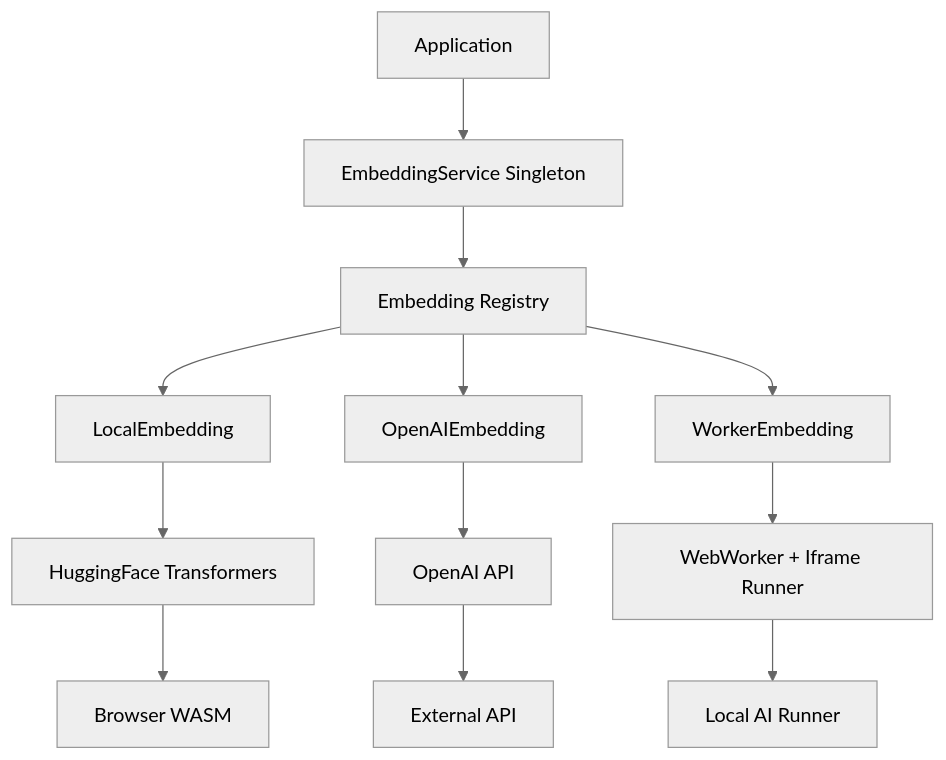
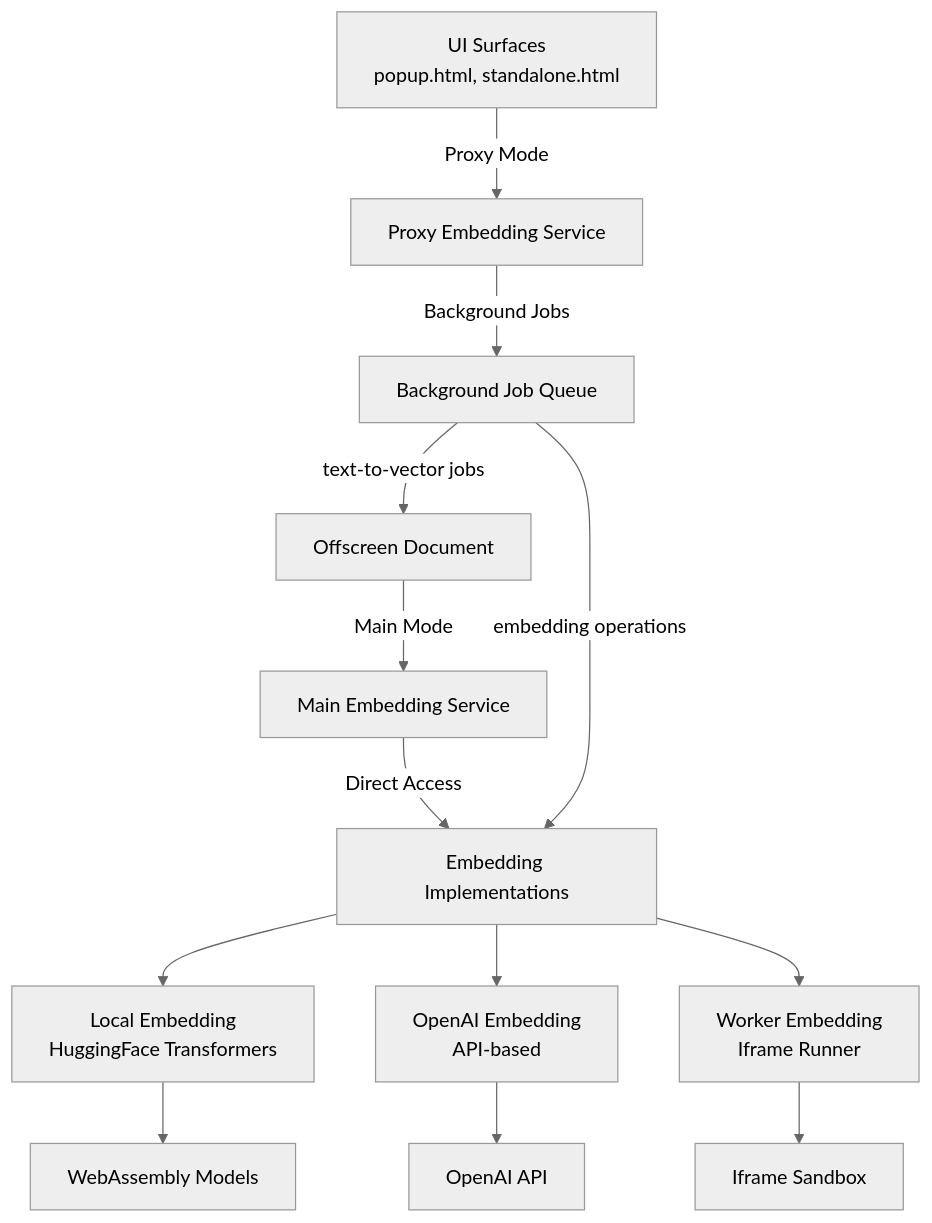
Before and after one commit to zrg-team/memorall: the diagram in docs/embedding-service.md, drawn with Mermaid (neutral theme). The commit also changed other lines of this file and 123 other files, not shown here.

````diff
--- a/docs/embedding-service.md
+++ b/docs/embedding-service.md
@@ -11,16 +11,24 @@
 ```mermaid
 graph TD
-    A[Application] --> B[EmbeddingService Singleton]
-    B --> C[Embedding Registry]
-    C --> D[LocalEmbedding]
-    C --> E[OpenAIEmbedding]
-    C --> F[WorkerEmbedding]
-    
-    D --> G[HuggingFace Transformers]
-    E --> H[OpenAI API]
-    F --> I[WebWorker + Iframe Runner]
-    
-    G --> J[Browser WASM]
-    H --> K[External API]
-    I --> L[Local AI Runner]
+  %% UI Context (Proxy Mode)
+  UI[UI Surfaces<br/>popup.html, standalone.html] -->|Proxy Mode| PES[Proxy Embedding Service]
+  PES -->|Background Jobs| BJ[Background Job Queue]
+
+  %% Offscreen Context (Main Mode)
+  OFF[Offscreen Document] -->|Main Mode| MES[Main Embedding Service]
+  MES -->|Direct Access| EMB[Embedding Implementations]
+
+  %% Background Jobs Processing
+  BJ -->|text-to-vector jobs| OFF
+  BJ -->|embedding operations| EMB
+
+  %% Embedding Implementations
+  EMB --> LE[Local Embedding<br/>HuggingFace Transformers]
+  EMB --> OE[OpenAI Embedding<br/>API-based]
+  EMB --> WE[Worker Embedding<br/>Iframe Runner]
+
+  %% Storage & Models
+  LE --> WA[WebAssembly Models]
+  OE --> API[OpenAI API]
+  WE --> IF[Iframe Sandbox]
 ```
````
